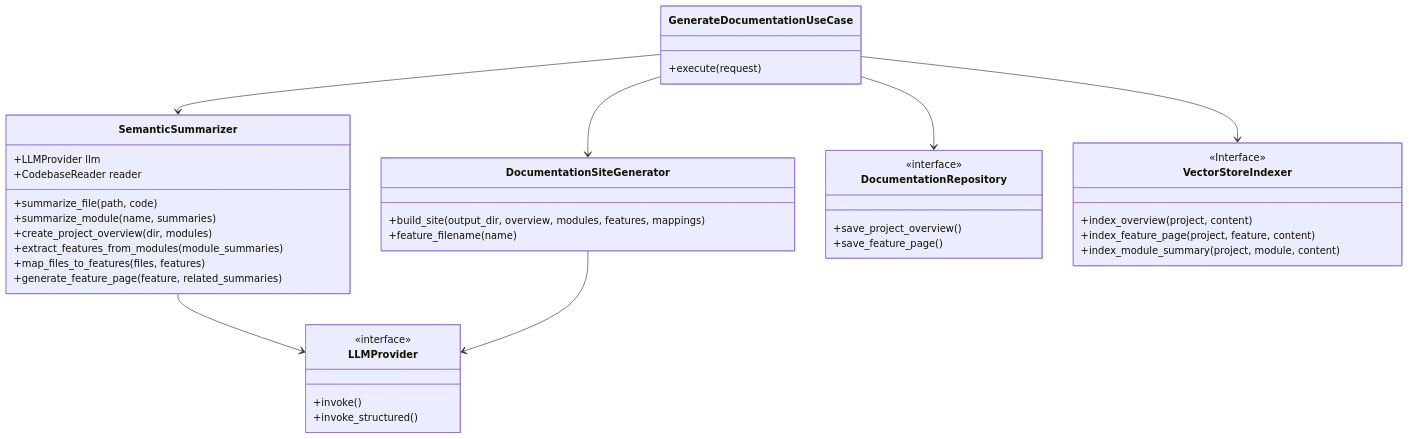
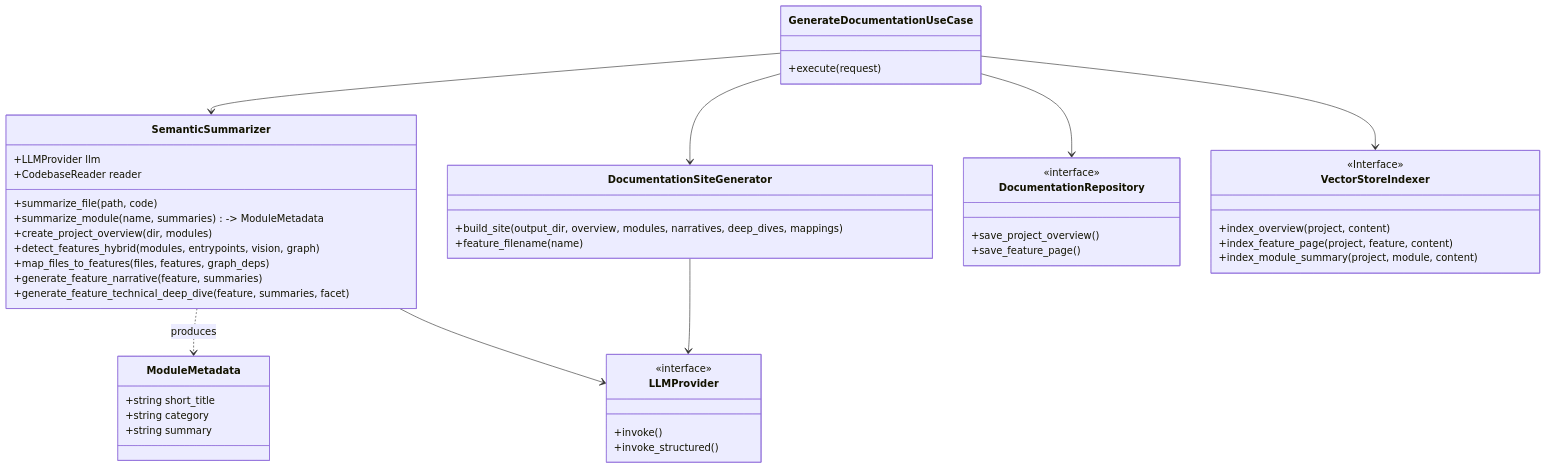
Before and after one commit to cyberbobjr/open-deepwiki: the fourth of 7 diagrams in ARCHITECTURE.md, drawn with Mermaid. The commit also changed other lines of this file and 10 other files, not shown here.

Commit message:
feat: Implémente une pipeline de documentation hybride avec extraction de features, résumés contextuels de modules, et génération de pages de features narratives et techniques.

````diff
--- a/ARCHITECTURE.md
+++ b/ARCHITECTURE.md
@@ -211,52 +224,60 @@
 ```mermaid
 classDiagram
     %% Core Business Logic (Use Case)
     class GenerateDocumentationUseCase {
         +execute(request)
     }
 
     %% Services (generation.py)
     class SemanticSummarizer {
         +LLMProvider llm
         +CodebaseReader reader
         +summarize_file(path, code)
-        +summarize_module(name, summaries)
+        +summarize_module(name, summaries) -> ModuleMetadata
         +create_project_overview(dir, modules)
-        +extract_features_from_modules(module_summaries)
-        +map_files_to_features(files, features)
-        +generate_feature_page(feature, related_summaries)
+        +detect_features_hybrid(modules, entrypoints, vision, graph)
+        +map_files_to_features(files, features, graph_deps)
+        +generate_feature_narrative(feature, summaries)
+        +generate_feature_technical_deep_dive(feature, summaries, facet)
     }
 
     class DocumentationSiteGenerator {
-        +build_site(output_dir, overview, modules, features, mappings)
+        +build_site(output_dir, overview, modules, narratives, deep_dives, mappings)
         +feature_filename(name)
+    }
+
+    class ModuleMetadata {
+        +string short_title
+        +string category
+        +string summary
     }
 
     %% Ports (Interfaces)
     class LLMProvider {
         <<interface>>
         +invoke()
         +invoke_structured()
     }
     class DocumentationRepository {
         <<interface>>
         +save_project_overview()
         +save_feature_page()
     }
     class VectorStoreIndexer {
         <<Interface>>
         +index_overview(project, content)
         +index_feature_page(project, feature, content)
         +index_module_summary(project, module, content)
     }
 
     %% Relationships
     GenerateDocumentationUseCase --> SemanticSummarizer
     GenerateDocumentationUseCase --> DocumentationSiteGenerator
     
     GenerateDocumentationUseCase --> DocumentationRepository
     GenerateDocumentationUseCase --> VectorStoreIndexer
     
+    SemanticSummarizer ..> ModuleMetadata : produces
     SemanticSummarizer --> LLMProvider
     DocumentationSiteGenerator --> LLMProvider
 ```
````
